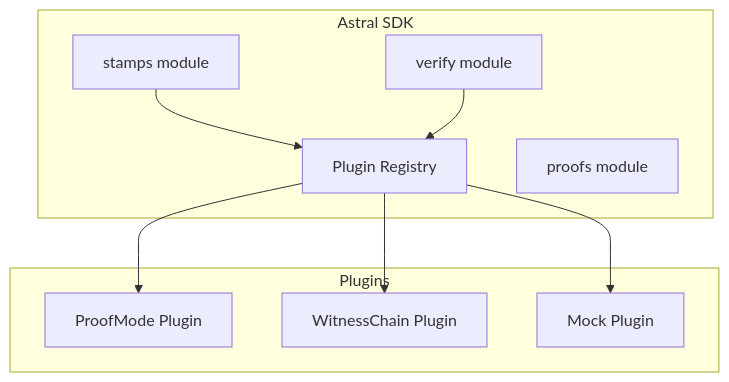
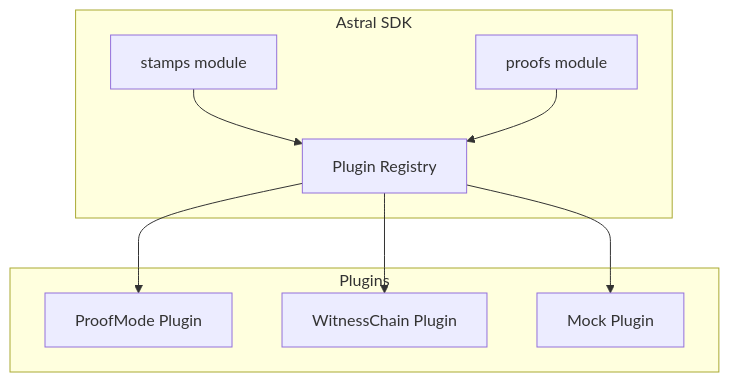
One commit to AstralProtocol/mintlify-docs changed the second of 2 diagrams in concepts/location-proofs.mdx. Above: the diagram before and after it, drawn with Mermaid. The commit also changed other lines of this file and 8 other files, not shown here.

````diff
--- a/concepts/location-proofs.mdx
+++ b/concepts/location-proofs.mdx
@@ -81,21 +81,20 @@
 ```mermaid
 graph TB
     subgraph SDK["Astral SDK"]
         Registry[Plugin Registry]
         Stamps[stamps module]
         Proofs[proofs module]
-        Verify[verify module]
     end
 
     subgraph Plugins
         PM[ProofMode Plugin]
         WC[WitnessChain Plugin]
         Mock[Mock Plugin]
     end
 
     Registry --> PM
     Registry --> WC
     Registry --> Mock
     Stamps --> Registry
-    Verify --> Registry
+    Proofs --> Registry
 ```
````
